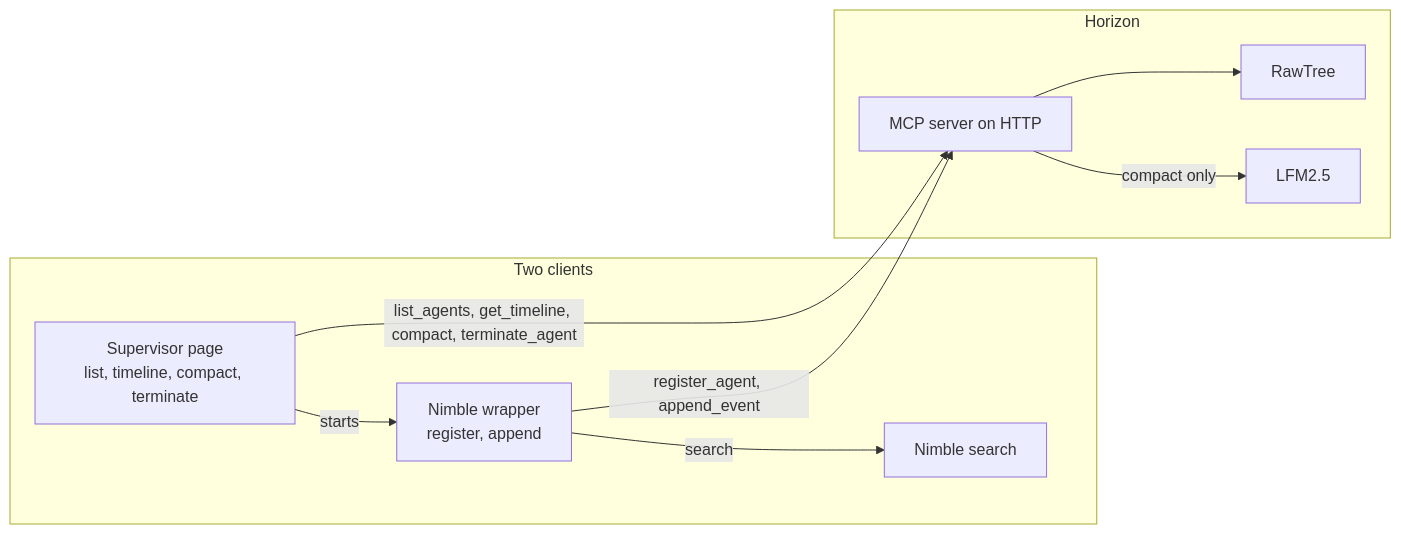
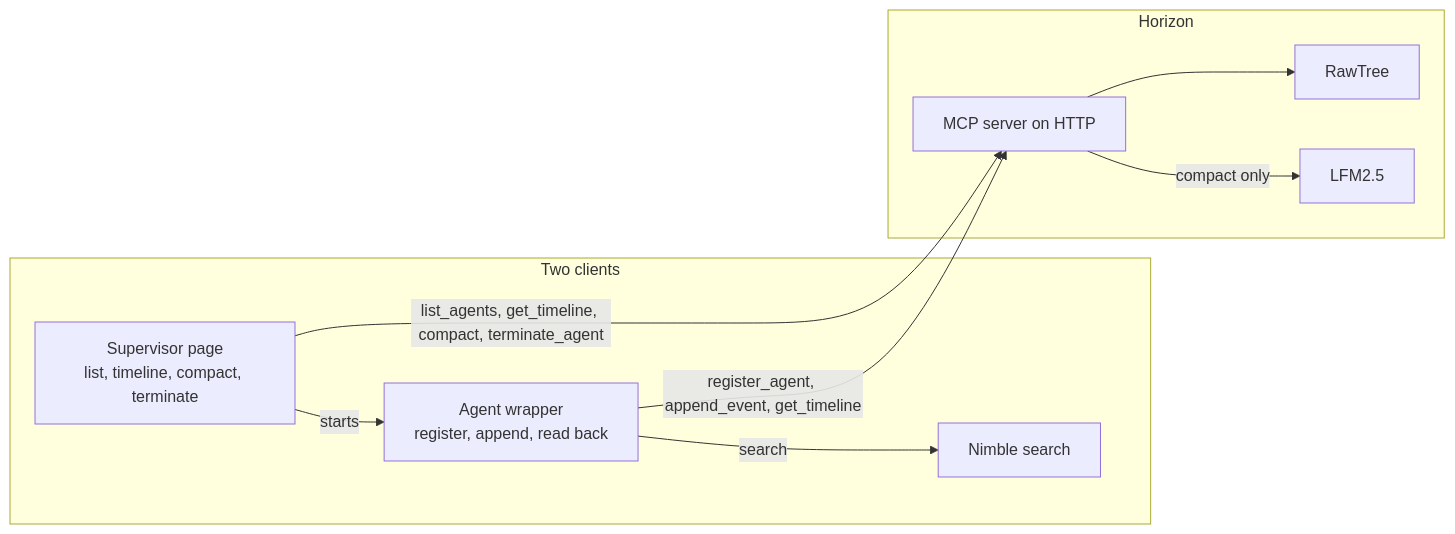
Before and after one commit to umeshgeeta/luma-long-horizon-agents: the first of 2 diagrams in architecture.md, drawn with Mermaid. The commit also changed other lines of this file and 1 other file, not shown here.

Commit message:
Updated README and architecture.

````diff
--- a/architecture.md
+++ b/architecture.md
@@ -5,21 +5,21 @@
 ```mermaid
 flowchart LR
   subgraph clients [Two clients]
     sup["Supervisor page<br/>list, timeline, compact, terminate"]
-    wrap["Nimble wrapper<br/>register, append"]
+    wrap["Agent wrapper<br/>register, append, read back"]
     search[Nimble search]
   end
 
   subgraph horizon [Horizon]
     mcp[MCP server on HTTP]
     db[RawTree]
     model[LFM2.5]
   end
 
   sup -->|list_agents, get_timeline, compact, terminate_agent| mcp
   sup -->|starts| wrap
-  wrap -->|register_agent, append_event| mcp
+  wrap -->|register_agent, append_event, get_timeline| mcp
   wrap -->|search| search
   mcp --> db
   mcp -->|compact only| model
 ```
````
